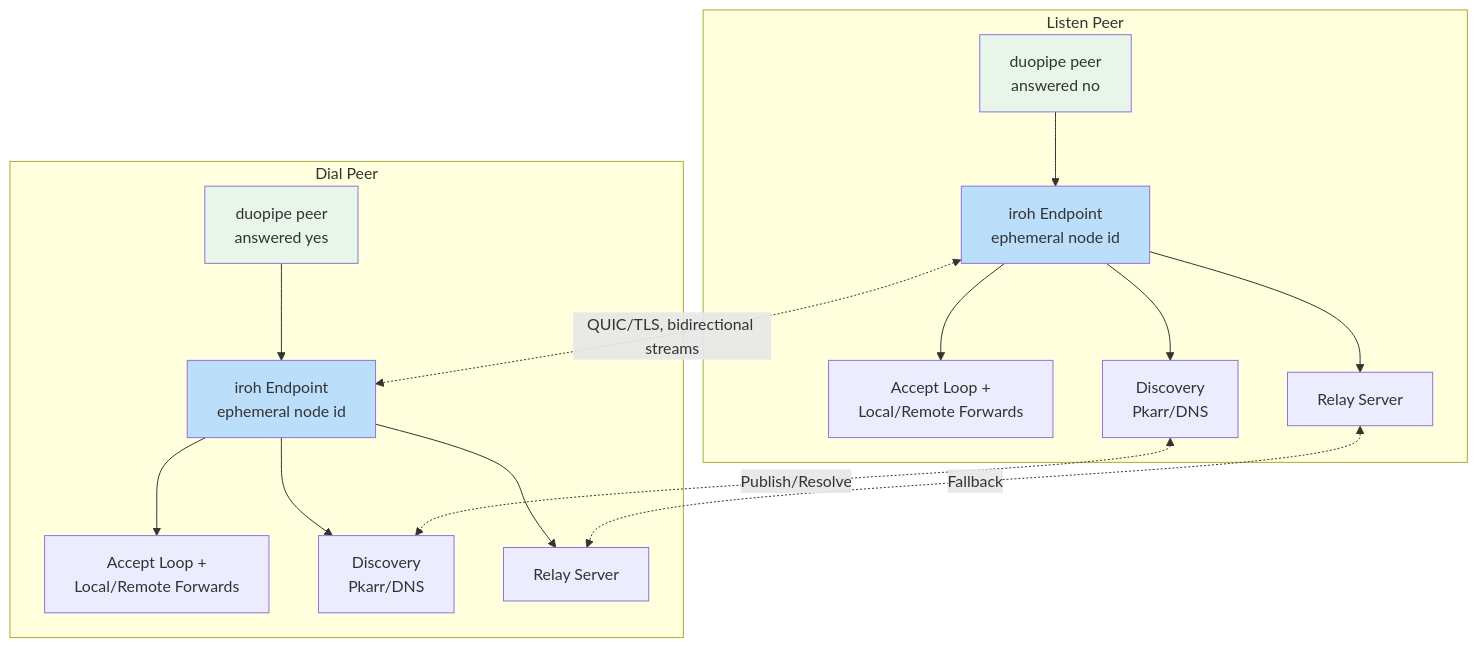
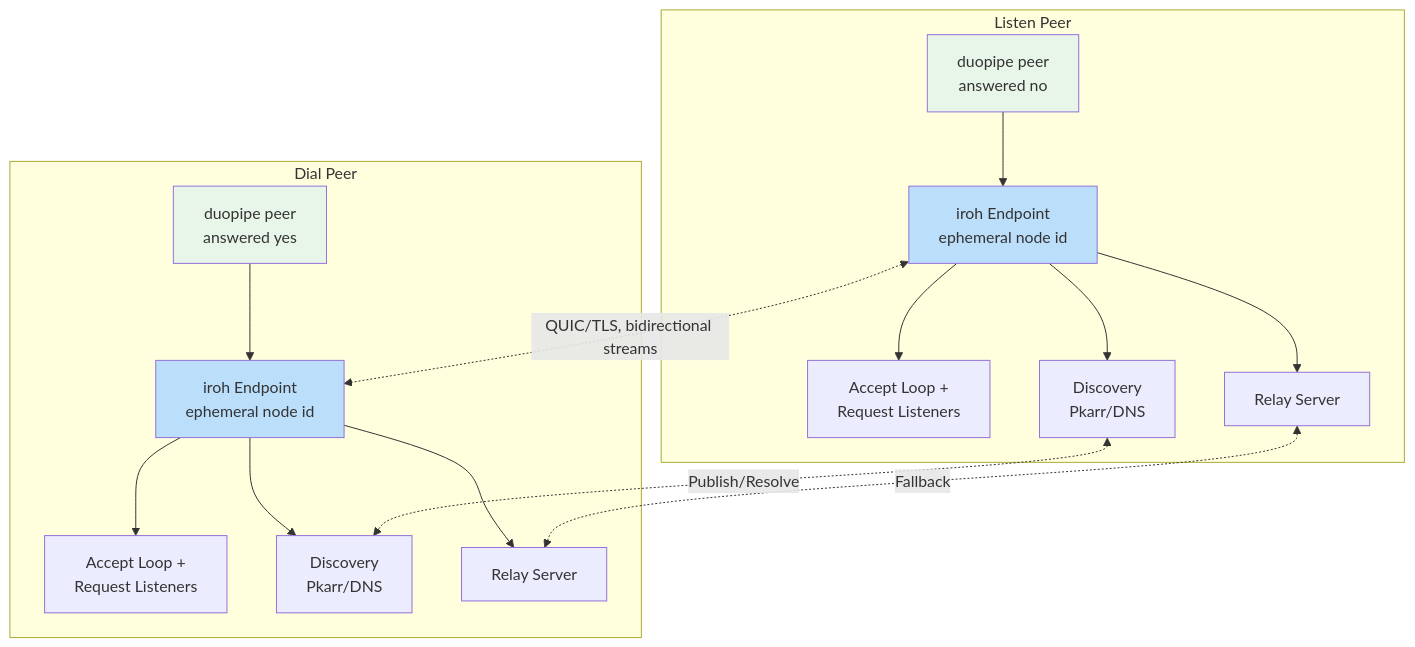
One commit to andrewtheguy/duopipe changed the fifth of 24 diagrams in docs/ARCHITECTURE.md. Above: the diagram before and after it, drawn with Mermaid. The commit also changed other lines of this file and 2 other files, not shown here.

Commit message:
refactor: update terminology from 'local/remote forwards' to 'requested tunnels' in documentation

````diff
--- a/docs/ARCHITECTURE.md
+++ b/docs/ARCHITECTURE.md
@@ -164,37 +164,37 @@
 ```mermaid
 graph TB
     subgraph "Listen Peer"
         A[duopipe peer<br/>answered no]
         B[iroh Endpoint<br/>ephemeral node id]
-        C[Accept Loop +<br/>Local/Remote Forwards]
+        C[Accept Loop +<br/>Request Listeners]
         D[Discovery<br/>Pkarr/DNS]
         E[Relay Server]
     end
 
     subgraph "Dial Peer"
         F[duopipe peer<br/>answered yes]
         G[iroh Endpoint<br/>ephemeral node id]
-        H[Accept Loop +<br/>Local/Remote Forwards]
+        H[Accept Loop +<br/>Request Listeners]
         I[Discovery<br/>Pkarr/DNS]
         J[Relay Server]
     end
 
     A --> B
     B --> C
     B --> D
     B --> E
 
     F --> G
     G --> H
     G --> I
     G --> J
 
     B <-.QUIC/TLS, bidirectional streams.-> G
     D <-.Publish/Resolve.-> I
     E <-.Fallback.-> J
 
     style A fill:#E8F5E9
     style F fill:#E8F5E9
     style B fill:#BBDEFB
     style G fill:#BBDEFB
 ```
````
